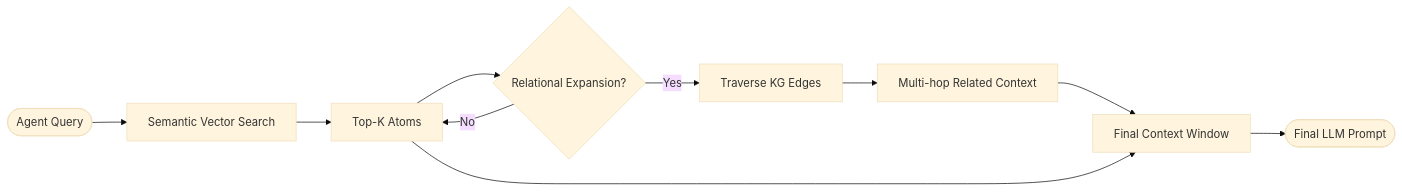
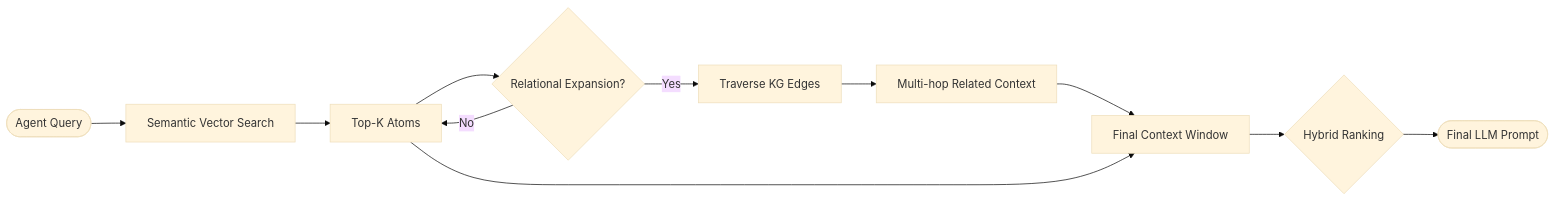
The second of 2 diagrams in how_it_works.md (jersobh/epochdb), drawn with Mermaid (base theme) before and after one commit. The commit also changed other lines of this file and 7 other files, not shown here.

Commit message:
feat: implement asynchronous ingestion tiering, int8 scaling, and Hybrid Ranking RRF

````diff
--- a/how_it_works.md
+++ b/how_it_works.md
@@ -38,16 +38,17 @@
 ```mermaid
 graph LR
     Query([Agent Query]) --> Search[Semantic Vector Search]
     Search --> Hits[Top-K Atoms]
     
     Hits --> Expand{Relational Expansion?}
     Expand -- Yes --> Hops[Traverse KG Edges]
     Hops --> Neighbors[Multi-hop Related Context]
     
     Expand -- No --> Hits
     
     Neighbors --> Context[Final Context Window]
     Hits --> Context
     
-    Context --> LLM([Final LLM Prompt])
+    Context --> RRF{Hybrid Ranking}
+    RRF --> LLM([Final LLM Prompt])
 ```
````
